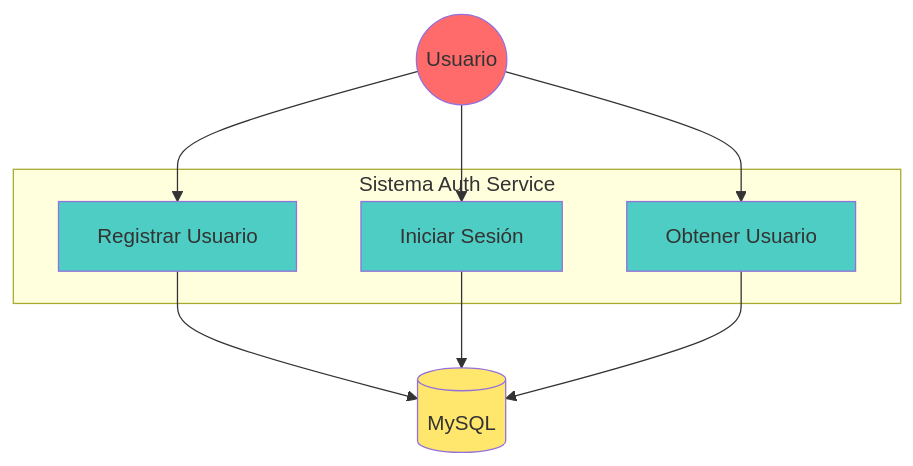
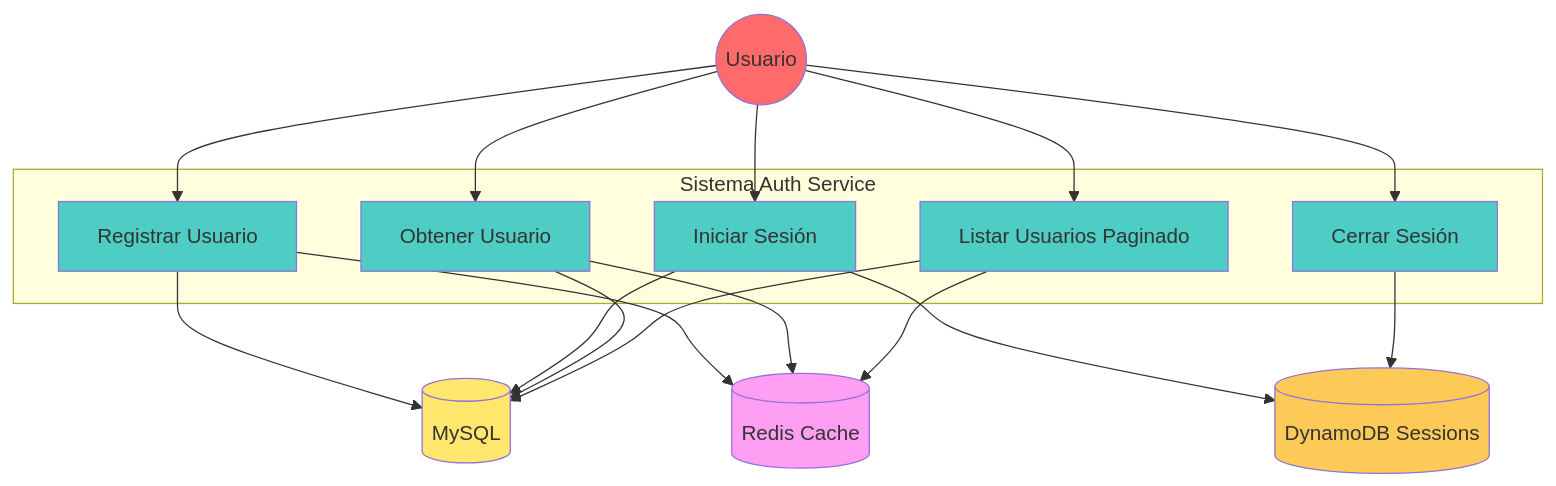
The fifth of 15 diagrams in ARCHITECTURE.md (maximopeoficiales/node-ts-mysql-debug-template), drawn with Mermaid before and after one commit. The commit also changed other lines of this file and 19 other files, not shown here.

````diff
--- a/ARCHITECTURE.md
+++ b/ARCHITECTURE.md
@@ -200,24 +289,38 @@
 ```mermaid
 graph TB
     User((Usuario))
 
     subgraph "Sistema Auth Service"
         UC1[Registrar Usuario]
         UC2[Iniciar Sesión]
         UC3[Obtener Usuario]
+        UC4[Cerrar Sesión]
+        UC5[Listar Usuarios Paginado]
     end
 
     User --> UC1
     User --> UC2
     User --> UC3
+    User --> UC4
+    User --> UC5
 
-    UC1 --> DB[(MySQL)]
-    UC2 --> DB
-    UC3 --> DB
+    UC1 --> MySQL[(MySQL)]
+    UC1 --> Redis[(Redis Cache)]
+    UC2 --> MySQL
+    UC2 --> DynamoDB[(DynamoDB Sessions)]
+    UC3 --> Redis
+    UC3 --> MySQL
+    UC4 --> DynamoDB
+    UC5 --> Redis
+    UC5 --> MySQL
 
     style User fill:#ff6b6b
     style UC1 fill:#4ecdc4
     style UC2 fill:#4ecdc4
     style UC3 fill:#4ecdc4
-    style DB fill:#ffe66d
+    style UC4 fill:#4ecdc4
+    style UC5 fill:#4ecdc4
+    style MySQL fill:#ffe66d
+    style Redis fill:#ff9ff3
+    style DynamoDB fill:#feca57
 ```
````
